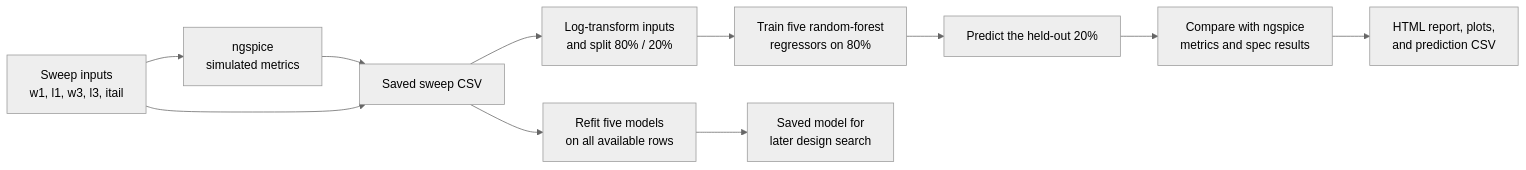
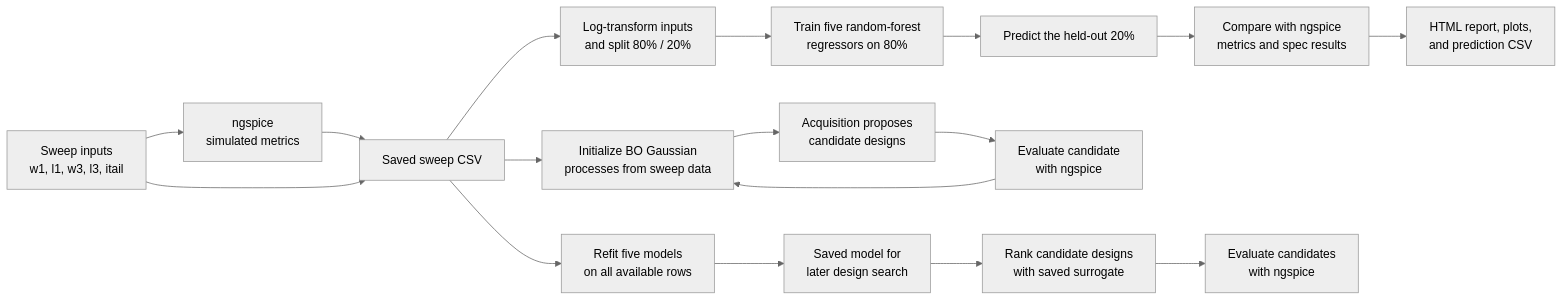
The diagram in README.md (flickerdog/analog-ml), drawn with Mermaid (neutral theme) before and after one commit. The commit also changed other lines of this file and 3 other files, not shown here.

````diff
--- a/README.md
+++ b/README.md
@@ -141,13 +141,19 @@
 ```mermaid
 flowchart LR
     A["Sweep inputs<br/>w1, l1, w3, l3, itail"] --> B["ngspice<br/>simulated metrics"]
     B --> C["Saved sweep CSV"]
     A --> C
     C --> D["Log-transform inputs<br/>and split 80% / 20%"]
     D --> E["Train five random-forest<br/>regressors on 80%"]
     E --> F["Predict the held-out 20%"]
     F --> G["Compare with ngspice<br/>metrics and spec results"]
     G --> H["HTML report, plots,<br/>and prediction CSV"]
     C --> I["Refit five models<br/>on all available rows"]
     I --> J["Saved model for<br/>later design search"]
+    C --> K["Initialize BO Gaussian<br/>processes from sweep data"]
+    K --> L["Acquisition proposes<br/>candidate designs"]
+    L --> M["Evaluate candidate<br/>with ngspice"]
+    M --> K
+    J --> N["Rank candidate designs<br/>with saved surrogate"]
+    N --> O["Evaluate candidates<br/>with ngspice"]
 ```
````
